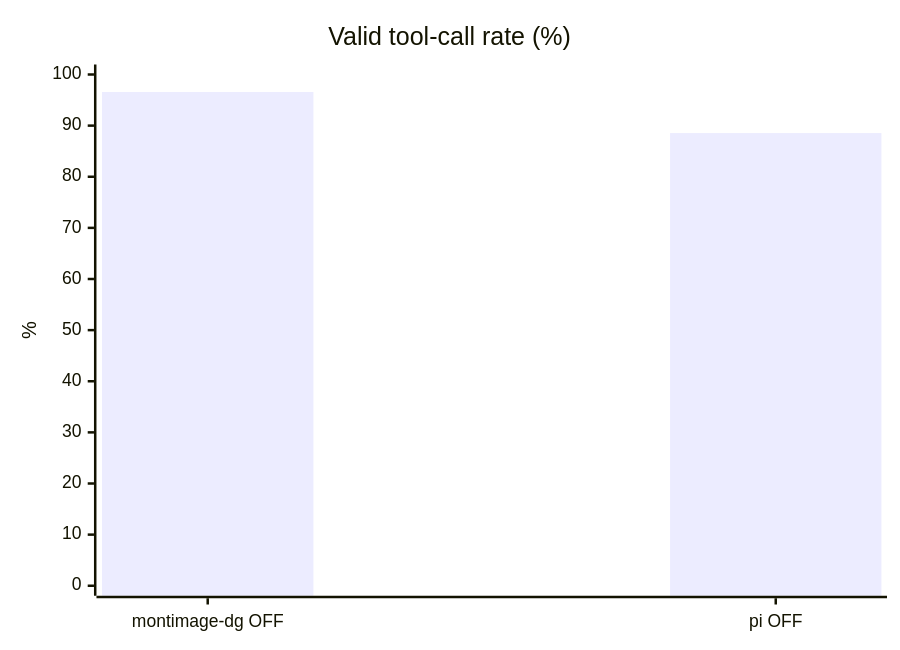
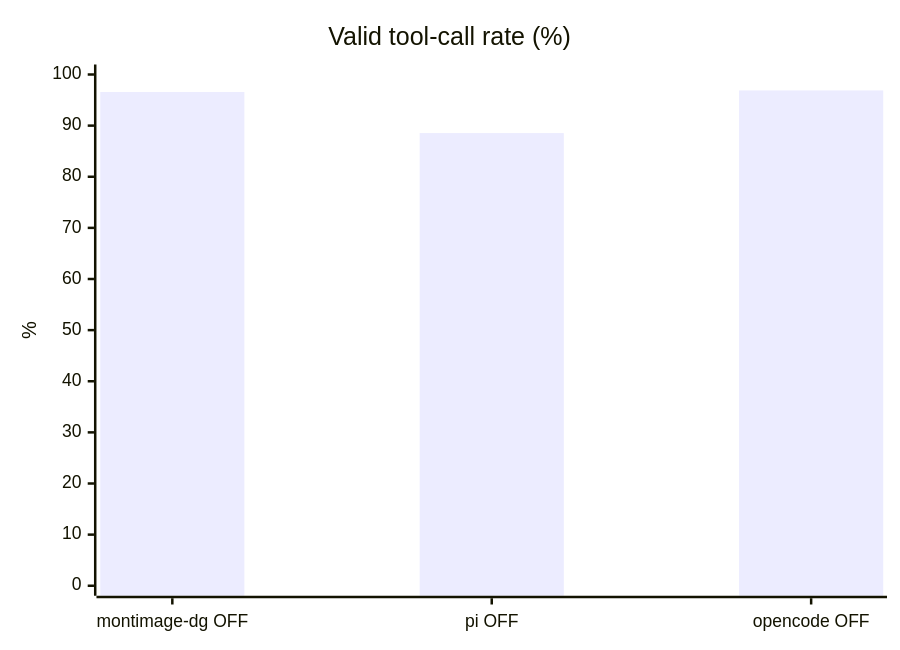
The fifth of 6 diagrams in results/2026-08-20-pi-harness/REPORT.md (luongnv89/dgx-spark-llm-lab), drawn with Mermaid before and after one commit. The commit also changed other lines of this file and 9 other files, not shown here.

````diff
--- a/results/2026-08-20-pi-harness/REPORT.md
+++ b/results/2026-08-20-pi-harness/REPORT.md
@@ -58,7 +59,7 @@
 ```mermaid
 xychart-beta
     title "Valid tool-call rate (%)"
-    x-axis ["montimage-dg OFF", "pi OFF"]
+    x-axis ["montimage-dg OFF", "pi OFF", "opencode OFF"]
     y-axis "%" 0 --> 100
-    bar [96.58, 88.54]
+    bar [96.58, 88.54, 96.88]
 ```
````
